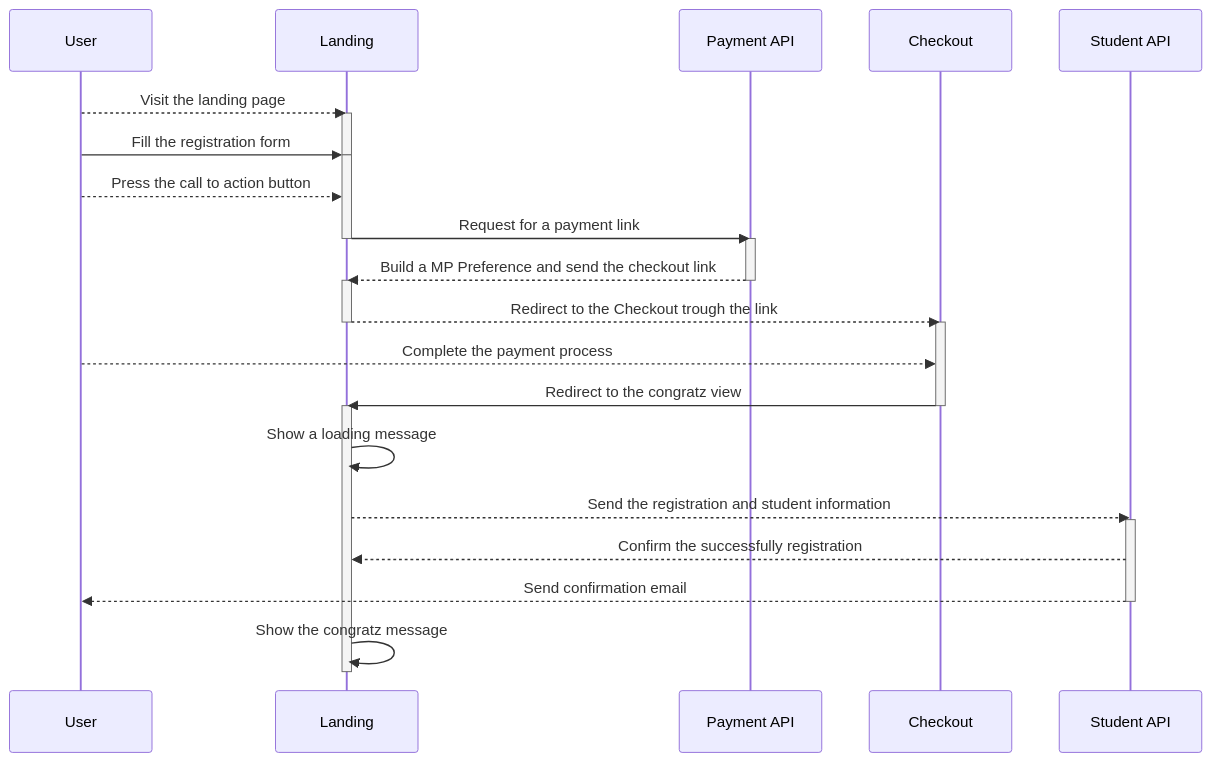
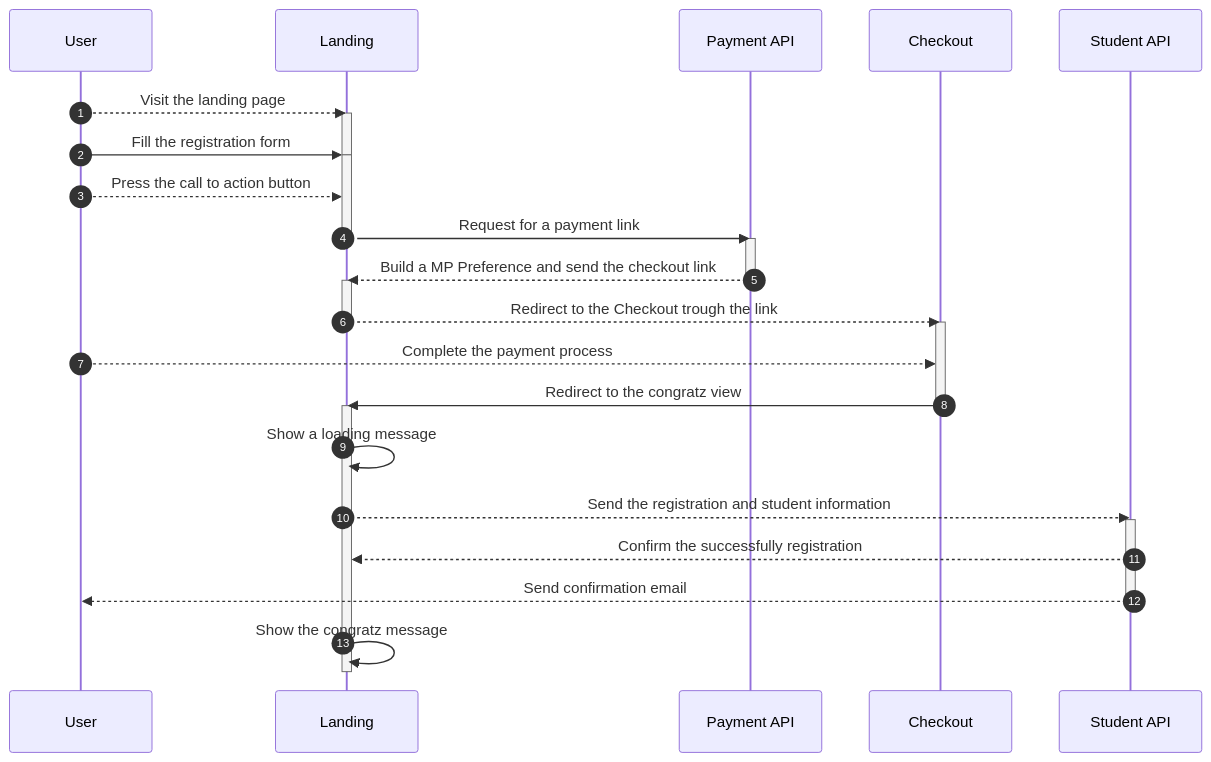
The diagram in readme.md (Groway-Studio/technical-interview-course-landing), drawn with Mermaid before and after one commit.

````diff
--- a/readme.md
+++ b/readme.md
@@ -1,35 +1,36 @@
 ```mermaid
 sequenceDiagram
+autonumber
 participant User
 participant Landing
 participant Payment API
 participant Checkout
 participant Student API
 User -->> Landing : Visit the landing page
 activate Landing
 User ->> Landing : Fill the registration form
 deactivate Landing
 activate Landing
 User -->> Landing : Press the call to action button
 Landing ->> Payment API : Request for a payment link
 deactivate Landing
 activate Payment API
 Payment API -->> Landing : Build a MP Preference and send the checkout link
 deactivate Payment API
 activate Landing
 Landing -->> Checkout : Redirect to the Checkout trough the link
 deactivate Landing
 activate Checkout
 User -->> Checkout : Complete the payment process
 Checkout ->> Landing : Redirect to the congratz view
 deactivate Checkout
 activate Landing
 Landing ->> Landing : Show a loading message
 Landing -->> Student API : Send the registration and student information 
 activate Student API
 Student API -->> Landing : Confirm the successfully registration
 Student API -->> User : Send confirmation email
 deactivate Student API
 Landing ->> Landing : Show the congratz message
 deactivate Landing
 ```
````
